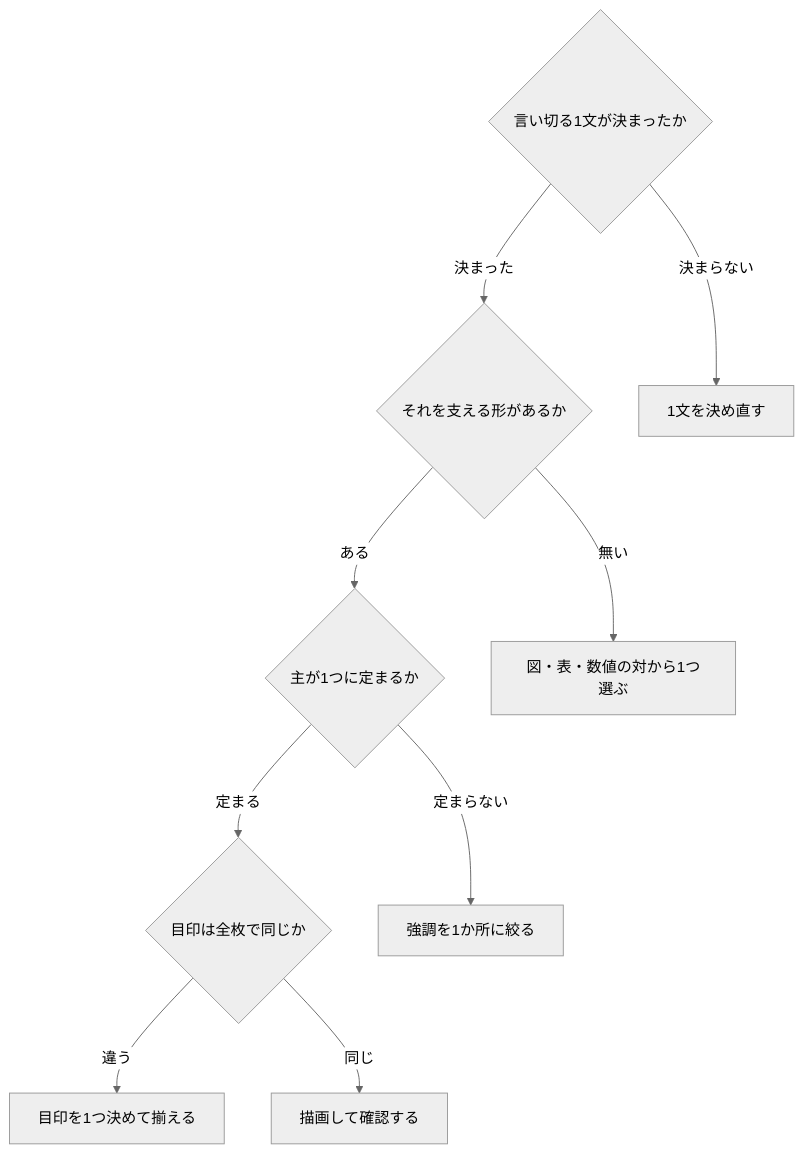
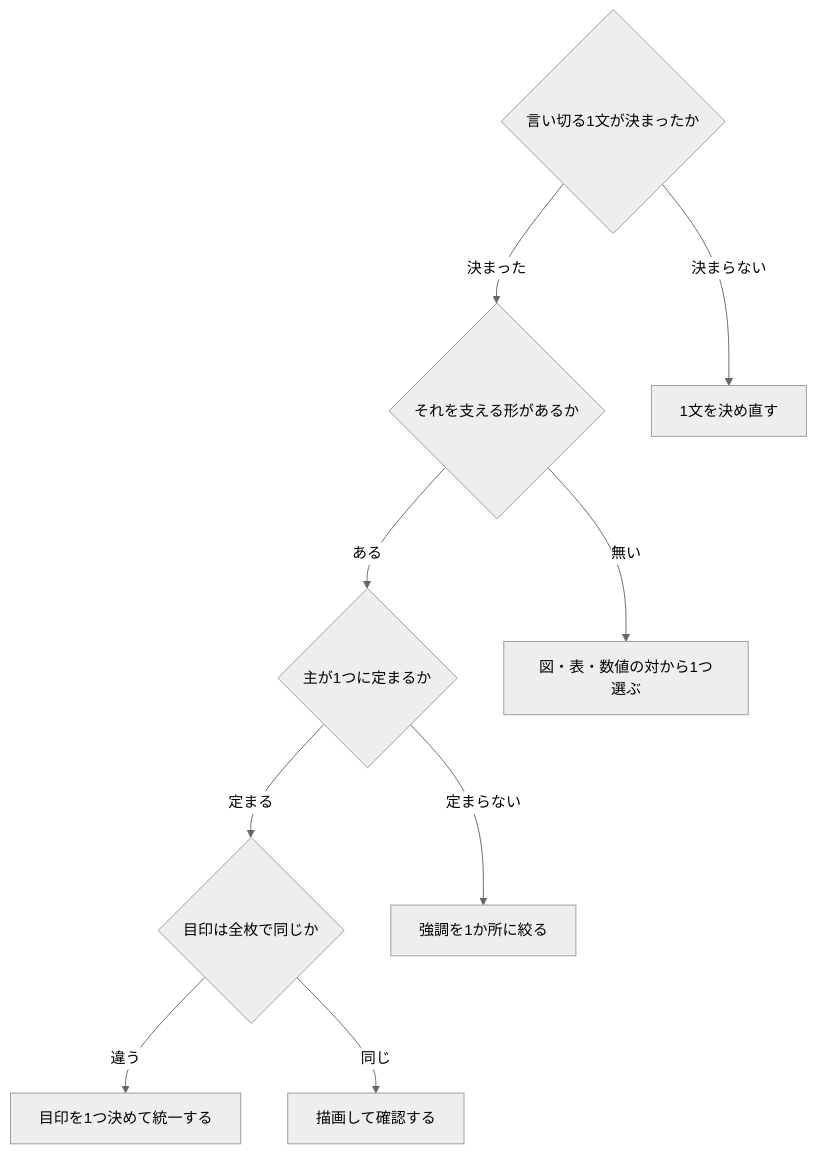
The diagram in .claude/skills/slide-deck/references/knowledge/visual-design-for-slide-decks.md (daidaiiro-519/daidaiiro), drawn with Mermaid (neutral theme) before and after one commit. The commit also changed other lines of this file and 104 other files, not shown here.

````diff
--- a/.claude/skills/slide-deck/references/knowledge/visual-design-for-slide-decks.md
+++ b/.claude/skills/slide-deck/references/knowledge/visual-design-for-slide-decks.md
@@ -155,20 +155,20 @@
 ```mermaid
 flowchart TD
     q1{"言い切る1文が決まったか"}
     q2{"それを支える形があるか"}
     q3{"主が1つに定まるか"}
     q4{"目印は全枚で同じか"}
     a1["1文を決め直す"]
     a2["図・表・数値の対から1つ選ぶ"]
     a3["強調を1か所に絞る"]
-    a4["目印を1つ決めて揃える"]
+    a4["目印を1つ決めて統一する"]
     a5["描画して確認する"]
     q1 -->|決まらない| a1
     q1 -->|決まった| q2
     q2 -->|無い| a2
     q2 -->|ある| q3
     q3 -->|定まらない| a3
     q3 -->|定まる| q4
     q4 -->|違う| a4
     q4 -->|同じ| a5
 ```
````
